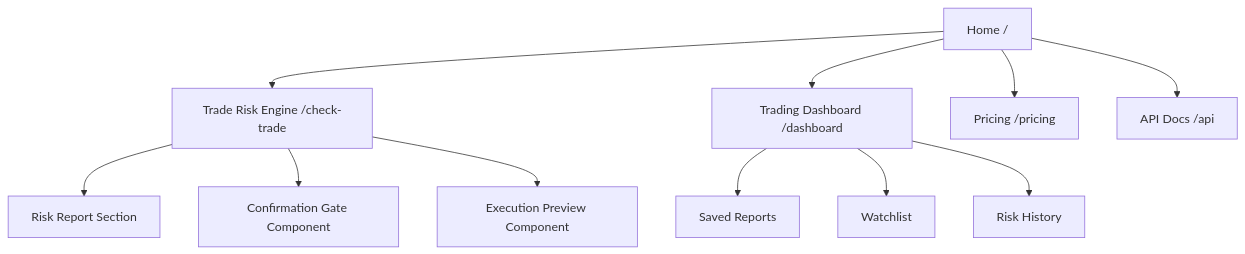
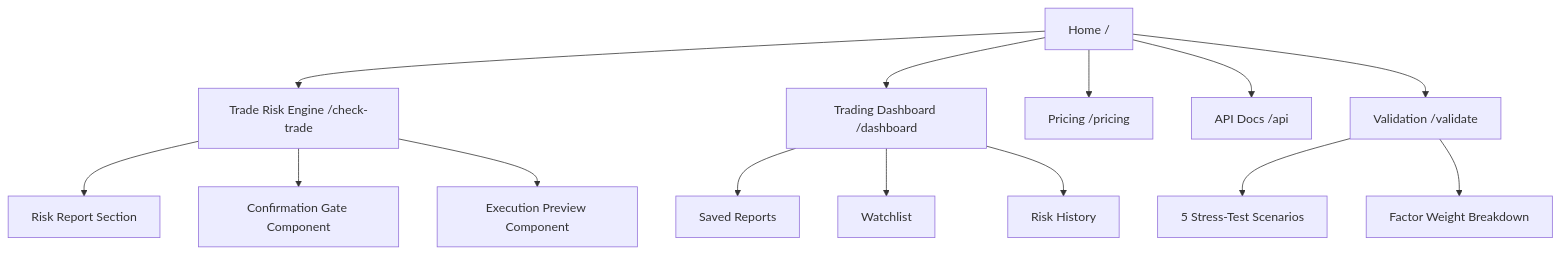
Diagram 13 of 22 in README.md (Emmy123222/TradeFirewall), drawn with Mermaid before and after one commit. The commit also changed other lines of this file and 6 other files, not shown here.

````diff
--- a/README.md
+++ b/README.md
@@ -680,14 +680,17 @@
 ```mermaid
 flowchart TD
     A[Home /] --> B[Trade Risk Engine /check-trade]
     A --> C[Trading Dashboard /dashboard]
     A --> D[Pricing /pricing]
     A --> E[API Docs /api]
+    A --> V[Validation /validate]
 
     B --> F[Risk Report Section]
     B --> G[Confirmation Gate Component]
     B --> H[Execution Preview Component]
     C --> I[Saved Reports]
     C --> J[Watchlist]
     C --> K[Risk History]
+    V --> L[5 Stress-Test Scenarios]
+    V --> M[Factor Weight Breakdown]
 ```
````
